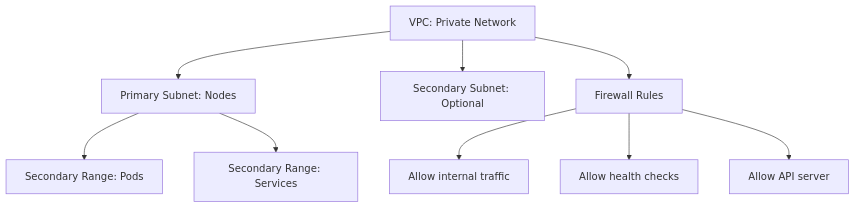
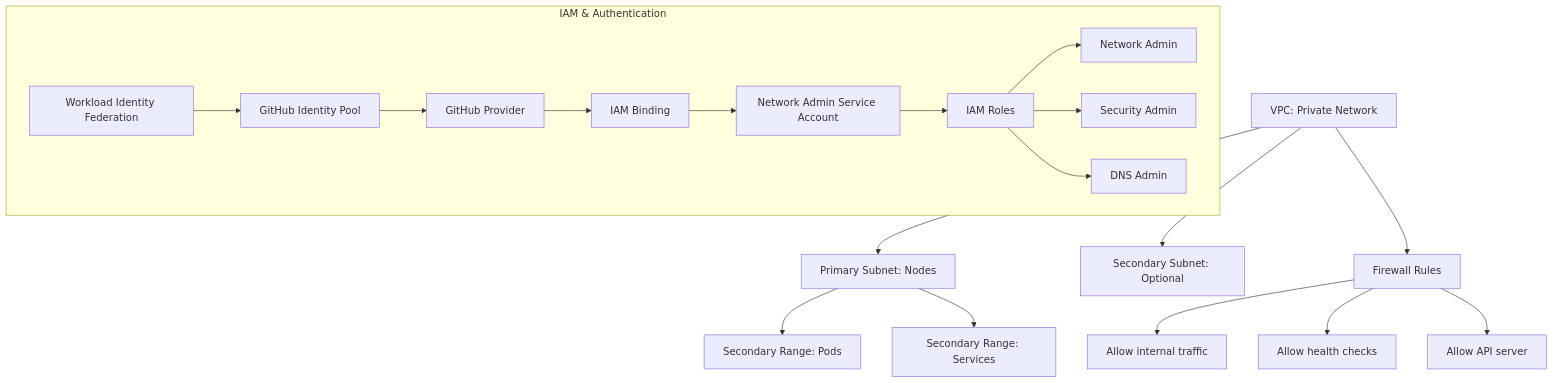
Before and after one commit to carroll-tech/data-project-example: the diagram in infrastructure/networking/plan.md, drawn with Mermaid. The commit also changed other lines of this file and 5 other files, not shown here.

Commit message:
feat(infra): add workload identity federation for github actions

````diff
--- a/infrastructure/networking/plan.md
+++ b/infrastructure/networking/plan.md
@@ -46,11 +56,22 @@
 ```mermaid
 graph TD
     VPC[VPC: Private Network] --> Subnet1[Primary Subnet: Nodes]
     VPC --> Subnet2[Secondary Subnet: Optional]
     Subnet1 --> SecRange1[Secondary Range: Pods]
     Subnet1 --> SecRange2[Secondary Range: Services]
     VPC --> FW[Firewall Rules]
     FW --> FW1[Allow internal traffic]
     FW --> FW2[Allow health checks]
     FW --> FW3[Allow API server]
+    
+    subgraph IAM[IAM & Authentication]
+    SA[Network Admin Service Account] --> Roles[IAM Roles]
+    Roles --> Role1[Network Admin]
+    Roles --> Role2[Security Admin]
+    Roles --> Role3[DNS Admin]
+    WIF[Workload Identity Federation] --> Pool[GitHub Identity Pool]
+    Pool --> Provider[GitHub Provider]
+    Provider --> Binding[IAM Binding]
+    Binding --> SA
+    end
 ```
````
